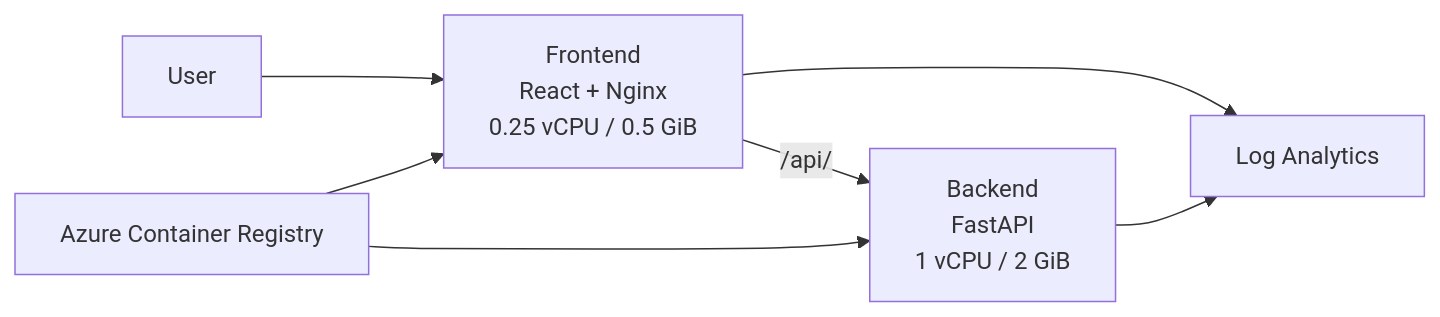
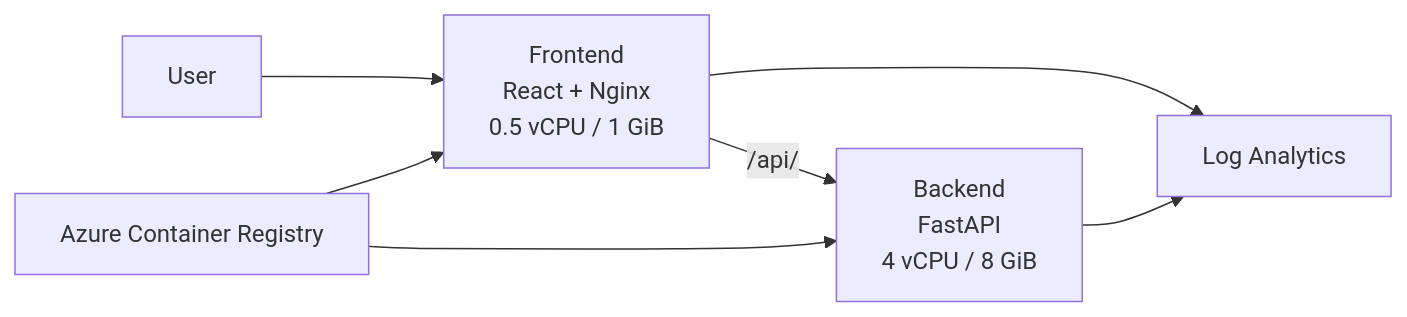
Before and after one commit to ryoma-1999/eeg-analysis-platform: the diagram in doc/08_Azure構成.md, drawn with Mermaid. The commit also changed 3 other files, not shown here.

````diff
--- a/doc/08_Azure構成.md
+++ b/doc/08_Azure構成.md
@@ -7,22 +7,22 @@
 ```mermaid
 flowchart LR
 
     User["User"]
 
-    FE["Frontend<br/>React + Nginx<br/>0.25 vCPU / 0.5 GiB"]
+    FE["Frontend<br/>React + Nginx<br/>0.5 vCPU / 1 GiB"]
 
-    BE["Backend<br/>FastAPI<br/>1 vCPU / 2 GiB"]
+    BE["Backend<br/>FastAPI<br/>4 vCPU / 8 GiB"]
 
     ACR["Azure Container Registry"]
 
     LOG["Log Analytics"]
 
     User --> FE
     FE -->|"/api/"| BE
 
     ACR --> FE
     ACR --> BE
 
     FE --> LOG
     BE --> LOG
 ```
````
